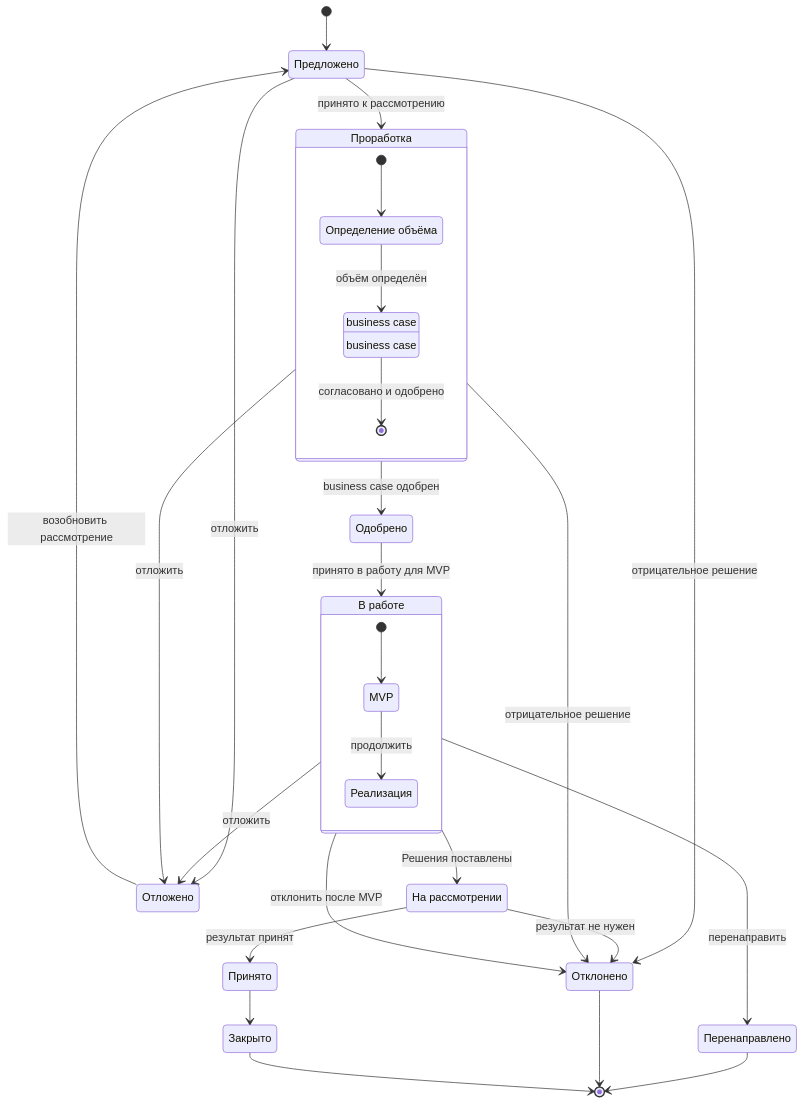
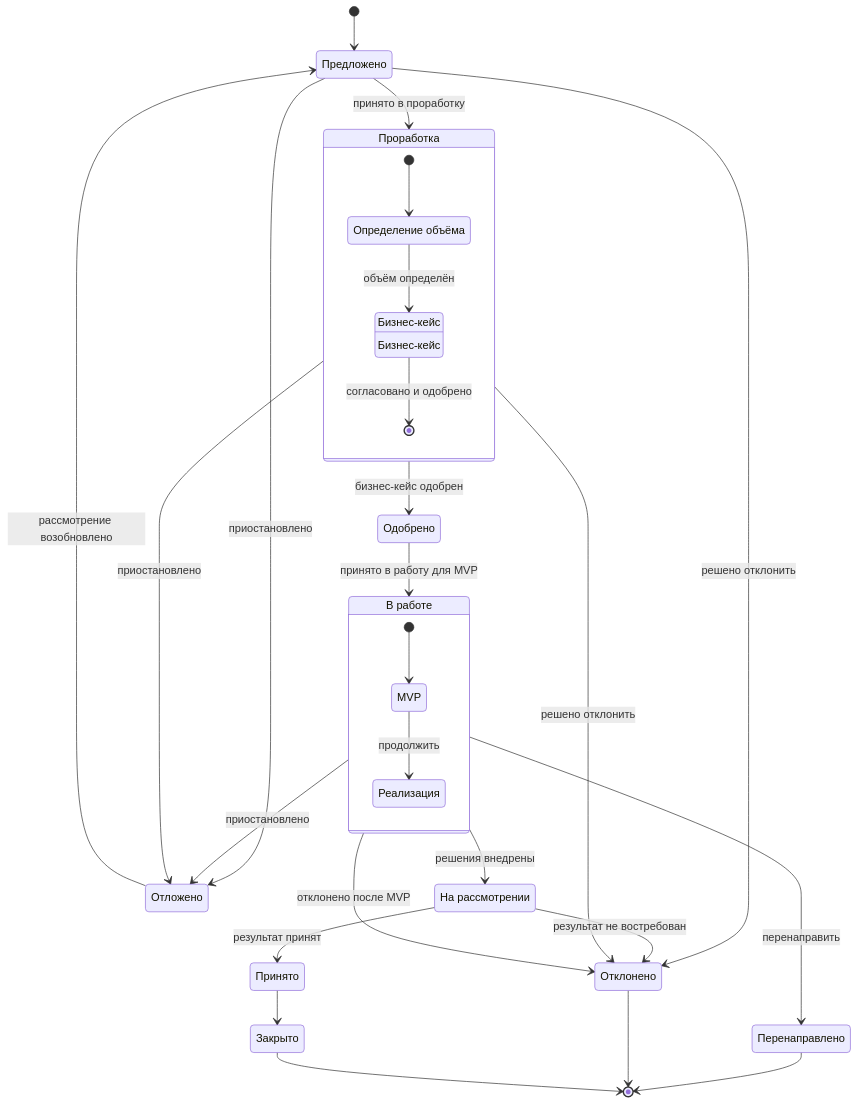
The sixth of 8 diagrams in charter/ru/documents/portfolio-management-model.md (devhogu/ob-aicc), drawn with Mermaid before and after one commit. The commit also changed other lines of this file and 4 other files, not shown here.

````diff
--- a/charter/ru/documents/portfolio-management-model.md
+++ b/charter/ru/documents/portfolio-management-model.md
@@ -174,45 +174,45 @@
 ```mermaid
 stateDiagram-v2
   state "Предложено" as Proposed
   state "Проработка" as Discovery
   state "Определение объёма" as Scoping
-  state "business case" as BusinessCase
+  state "Бизнес-кейс" as BusinessCase
   state "Одобрено" as Approved
   state "В работе" as Active
   state "Реализация" as Implementation
   state "Отклонено" as Rejected
   state "Перенаправлено" as Pivoted
   state "Отложено" as Deferred
   state "На рассмотрении" as Review
   state "Принято" as Accepted
   state "Закрыто" as Closed
   [*] --> Proposed
-  Proposed --> Discovery: принято к рассмотрению
+  Proposed --> Discovery: принято в проработку
   state Discovery {
     [*] --> Scoping
     Scoping --> BusinessCase: объём определён
-    BusinessCase: business case
+    BusinessCase: Бизнес-кейс
     BusinessCase --> [*]: согласовано и одобрено
   }
-  Proposed --> Rejected: отрицательное решение
-  Discovery --> Rejected: отрицательное решение
-  Discovery --> Approved: business case одобрен
+  Proposed --> Rejected: решено отклонить
+  Discovery --> Rejected: решено отклонить
+  Discovery --> Approved: бизнес-кейс одобрен
   Approved --> Active: принято в работу для MVP
   state Active {
     [*] --> MVP
     MVP --> Implementation: продолжить
   }
-  Active --> Rejected: отклонить после MVP
+  Active --> Rejected: отклонено после MVP
   Active --> Pivoted: перенаправить
-  Active --> Deferred: отложить
-  Active --> Review: Решения поставлены
+  Active --> Deferred: приостановлено
+  Active --> Review: решения внедрены
   Review --> Accepted: результат принят
-  Review --> Rejected: результат не нужен
+  Review --> Rejected: результат не востребован
   Accepted --> Closed
-  Proposed --> Deferred: отложить
-  Discovery --> Deferred: отложить
-  Deferred --> Proposed: возобновить рассмотрение
+  Proposed --> Deferred: приостановлено
+  Discovery --> Deferred: приостановлено
+  Deferred --> Proposed: рассмотрение возобновлено
   Pivoted --> [*]
   Rejected --> [*]
   Closed --> [*]
 ```
````
